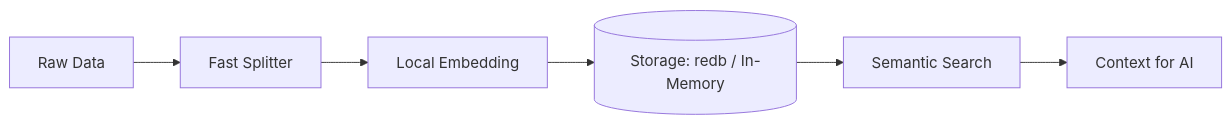
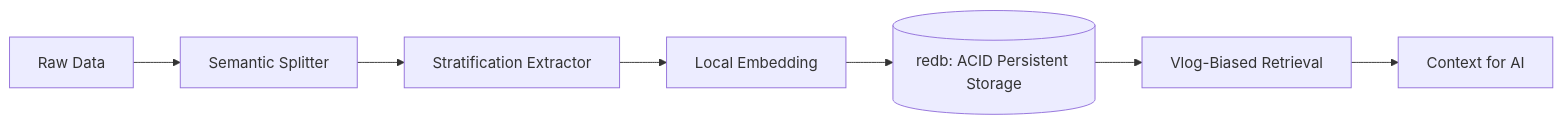
Before and after one commit to tasaburoyamada/stratum: the diagram in README.md, drawn with Mermaid. The commit also changed other lines of this file and 1 other file, not shown here.

First line of the commit message:
docs(stratum): update architecture and performance specs for HV-CAD alignment

````diff
--- a/README.md
+++ b/README.md
@@ -25,8 +23,9 @@
 ```mermaid
 graph LR
-    A[Raw Data] --> B[Fast Splitter]
-    B --> C[Local Embedding]
-    C --> D[(Storage: redb / In-Memory)]
-    D --> E[Semantic Search]
-    E --> F[Context for AI]
+    A[Raw Data] --> B[Semantic Splitter]
+    B --> C[Stratification Extractor]
+    C --> D[Local Embedding]
+    D --> E[(redb: ACID Persistent Storage)]
+    E --> F[Vlog-Biased Retrieval]
+    F --> G[Context for AI]
 ```
````
